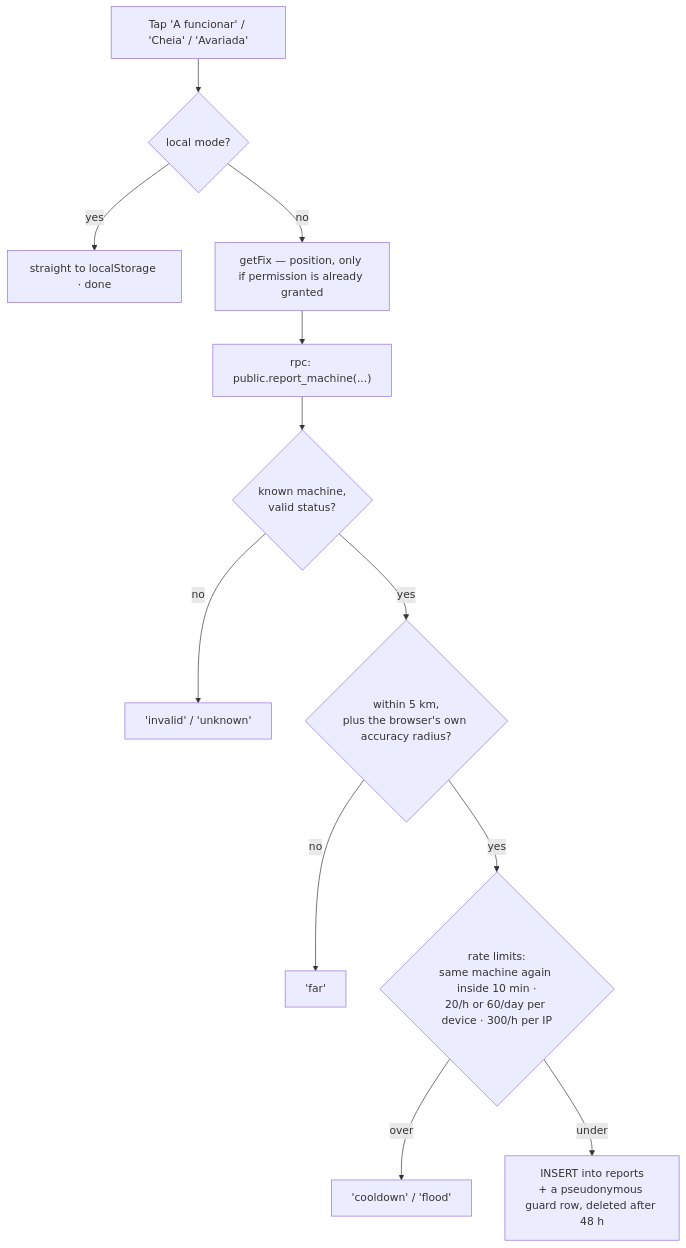
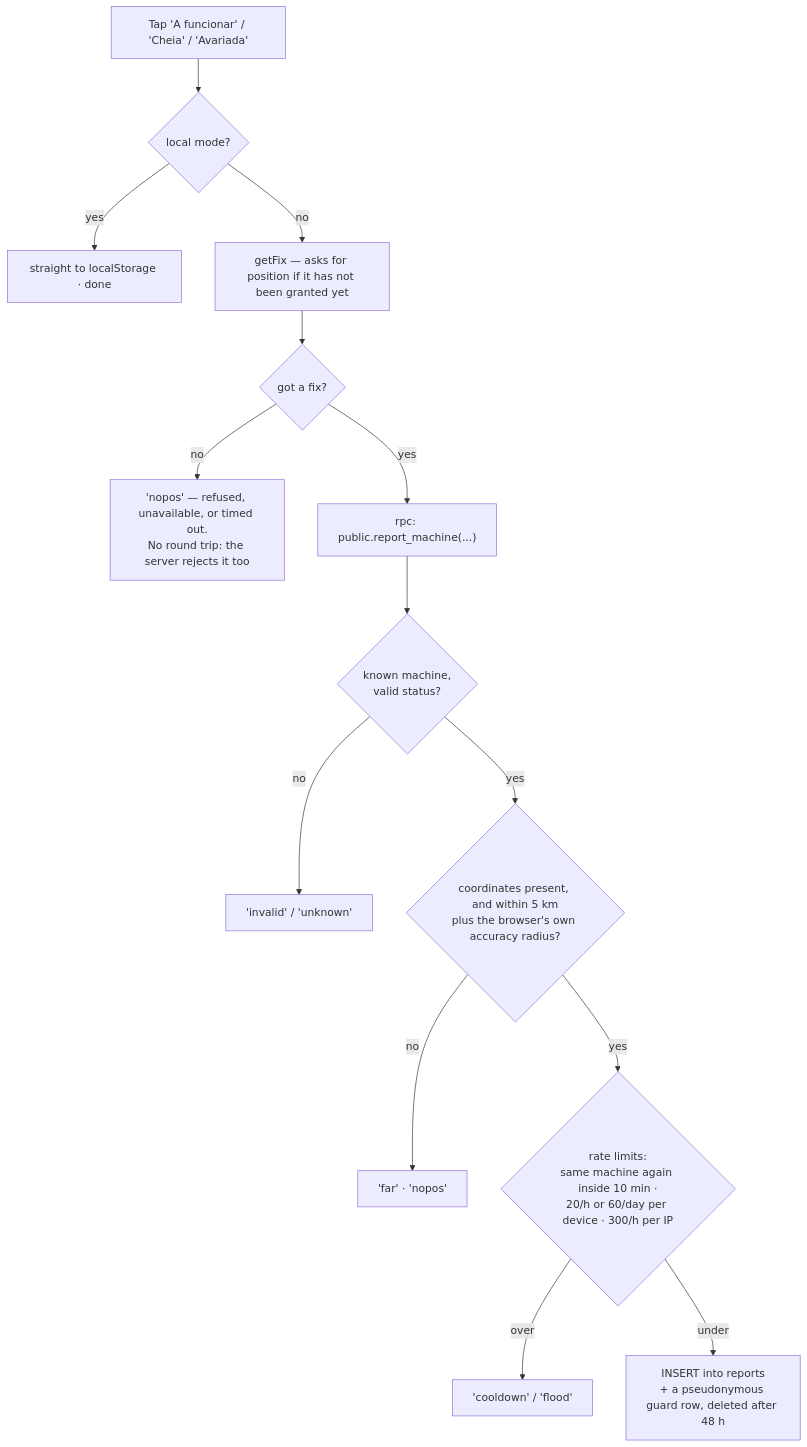
The fifth of 7 diagrams in docs/diagrams.md (isabelhdias/voltacheck), drawn with Mermaid before and after one commit. The commit also changed other lines of this file and 8 other files, not shown here.

````diff
--- a/docs/diagrams.md
+++ b/docs/diagrams.md
@@ -125,14 +125,16 @@
 ```mermaid
 flowchart TD
   tap["Tap 'A funcionar' / 'Cheia' / 'Avariada'"] --> mode{"local mode?"}
   mode -- yes --> ls["straight to localStorage · done"]
-  mode -- no --> fix["getFix — position, only if permission is already granted"]
-  fix --> rpc["rpc: public.report_machine(...)"]
+  mode -- no --> fix["getFix — asks for position if it has not been granted yet"]
+  fix --> got{"got a fix?"}
+  got -- no --> nopos["'nopos' — refused, unavailable, or timed out.<br/>No round trip: the server rejects it too"]
+  got -- yes --> rpc["rpc: public.report_machine(...)"]
   rpc --> valid{"known machine,<br/>valid status?"}
   valid -- no --> bad["'invalid' / 'unknown'"]
-  valid -- yes --> near{"within 5 km,<br/>plus the browser's own accuracy radius?"}
-  near -- no --> far["'far'"]
+  valid -- yes --> near{"coordinates present, and within 5 km<br/>plus the browser's own accuracy radius?"}
+  near -- no --> far["'far' · 'nopos'"]
   near -- yes --> rate{"rate limits:<br/>same machine again inside 10 min ·<br/>20/h or 60/day per device · 300/h per IP"}
   rate -- over --> stop["'cooldown' / 'flood'"]
   rate -- under --> ins["INSERT into reports<br/>+ a pseudonymous guard row, deleted after 48 h"]
 ```
````
